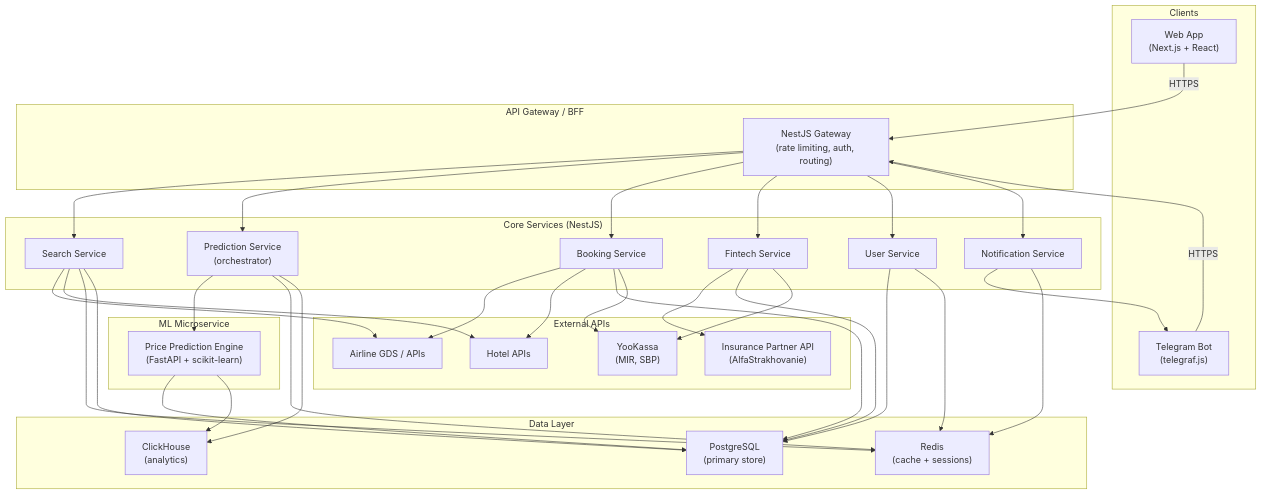
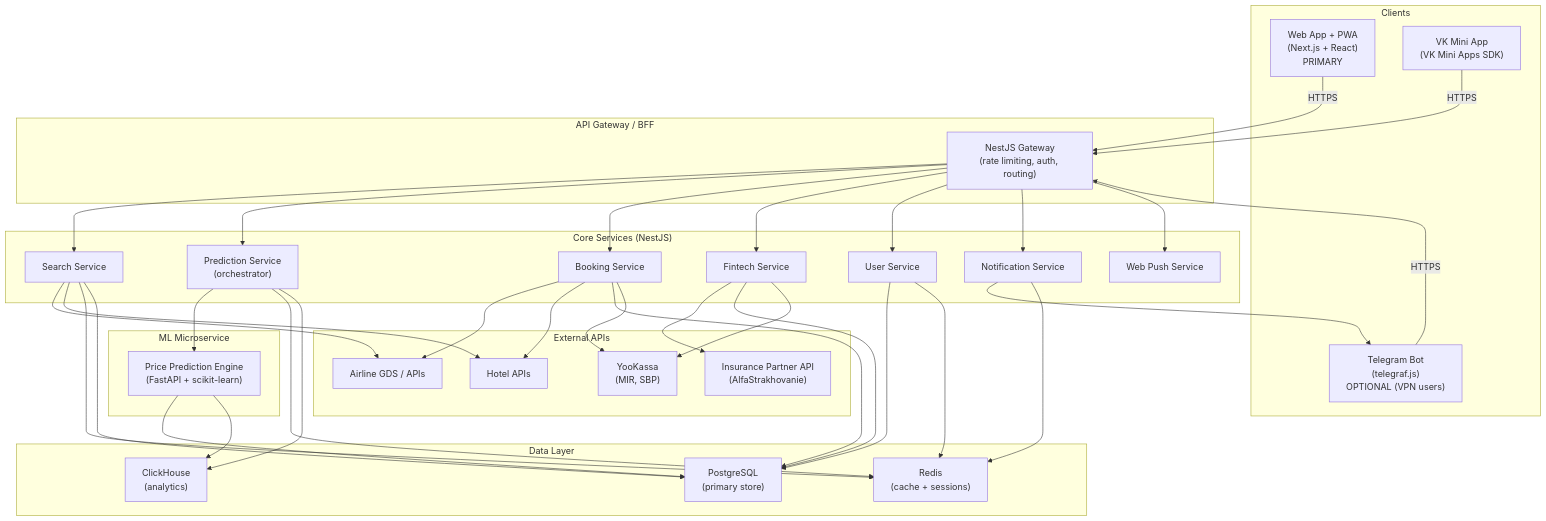
One commit to djd1m/2026-APR-PU-LESSON-07-Hopper-01 changed the first of 3 diagrams in docs/Architecture.md. Above: the diagram before and after it, drawn with Mermaid. The commit also changed 133 other files, not shown here.

First line of the commit message:
refactor: Web-first pivot — Telegram blocked in Russia April 2026

````diff
--- a/docs/Architecture.md
+++ b/docs/Architecture.md
@@ -14,73 +14,77 @@
 ```mermaid
 graph TB
     subgraph Clients
-        WebApp["Web App<br/>(Next.js + React)"]
-        TgBot["Telegram Bot<br/>(telegraf.js)"]
+        WebApp["Web App + PWA<br/>(Next.js + React)<br/>PRIMARY"]
+        TgBot["Telegram Bot<br/>(telegraf.js)<br/>OPTIONAL (VPN users)"]
+        VKApp["VK Mini App<br/>(VK Mini Apps SDK)"]
     end
 
     subgraph API_Gateway["API Gateway / BFF"]
         GW["NestJS Gateway<br/>(rate limiting, auth, routing)"]
     end
 
     subgraph Core_Services["Core Services (NestJS)"]
         SearchSvc["Search Service"]
         PredictionSvc["Prediction Service<br/>(orchestrator)"]
         BookingSvc["Booking Service"]
         FintechSvc["Fintech Service"]
         UserSvc["User Service"]
         NotificationSvc["Notification Service"]
+        WebPushSvc["Web Push Service"]
     end
 
     subgraph ML["ML Microservice"]
         MLSvc["Price Prediction Engine<br/>(FastAPI + scikit-learn)"]
     end
 
     subgraph Data["Data Layer"]
         PG["PostgreSQL<br/>(primary store)"]
         Redis["Redis<br/>(cache + sessions)"]
         CH["ClickHouse<br/>(analytics)"]
     end
 
     subgraph External["External APIs"]
         Airlines["Airline GDS / APIs"]
         Hotels["Hotel APIs"]
         YooKassa["YooKassa<br/>(MIR, SBP)"]
         Insurance["Insurance Partner API<br/>(AlfaStrakhovanie)"]
     end
 
     WebApp -->|HTTPS| GW
     TgBot -->|HTTPS| GW
+    VKApp -->|HTTPS| GW
     GW --> SearchSvc
     GW --> PredictionSvc
     GW --> BookingSvc
     GW --> FintechSvc
     GW --> UserSvc
     GW --> NotificationSvc
+    GW --> WebPushSvc
 
     SearchSvc --> Airlines
     SearchSvc --> Hotels
     SearchSvc --> Redis
     SearchSvc --> PG
 
     PredictionSvc --> MLSvc
     PredictionSvc --> Redis
     PredictionSvc --> CH
 
     BookingSvc --> Airlines
     BookingSvc --> Hotels
     BookingSvc --> PG
     BookingSvc --> YooKassa
 
     FintechSvc --> Insurance
     FintechSvc --> PG
     FintechSvc --> YooKassa
 
     UserSvc --> PG
     UserSvc --> Redis
 
     NotificationSvc --> TgBot
     NotificationSvc --> Redis
 
     MLSvc --> PG
     MLSvc --> CH
 ```
````
